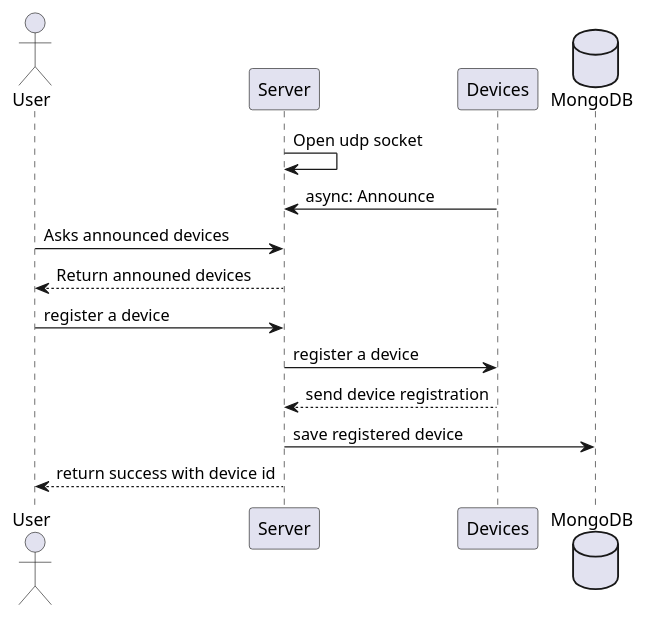
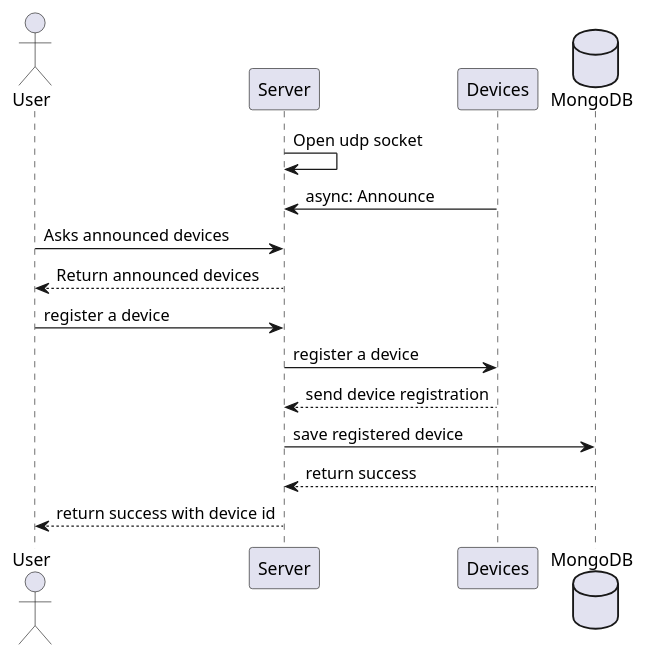
The diagram in diagrams/src/device_registrations.puml (DomoticASW/.github), drawn with PlantUML before and after one commit. The commit also changed 5 other files, not shown here.

Commit message:
Add users registration sequence diagram

```diff
--- a/diagrams/src/device_registrations.puml
+++ b/diagrams/src/device_registrations.puml
@@ -1,19 +1,20 @@
 @startuml device_registrations
 
 actor User as user
 participant Server as server
 participant Devices as devices
 database MongoDB as mongo
 
 server -> server: Open udp socket
 devices -> server: async: Announce
 user -> server: Asks announced devices
-server --> user: Return announed devices
+server --> user: Return announced devices
 
 user -> server: register a device
 server -> devices: register a device
 devices --> server: send device registration
 server -> mongo: save registered device
+mongo --> server: return success
 server --> user: return success with device id
 
 @enduml
```
